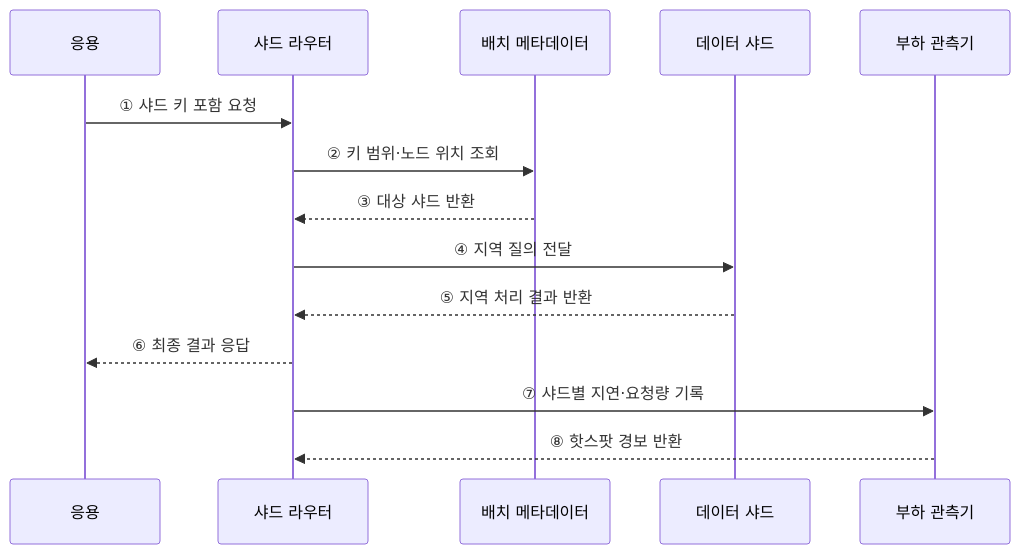
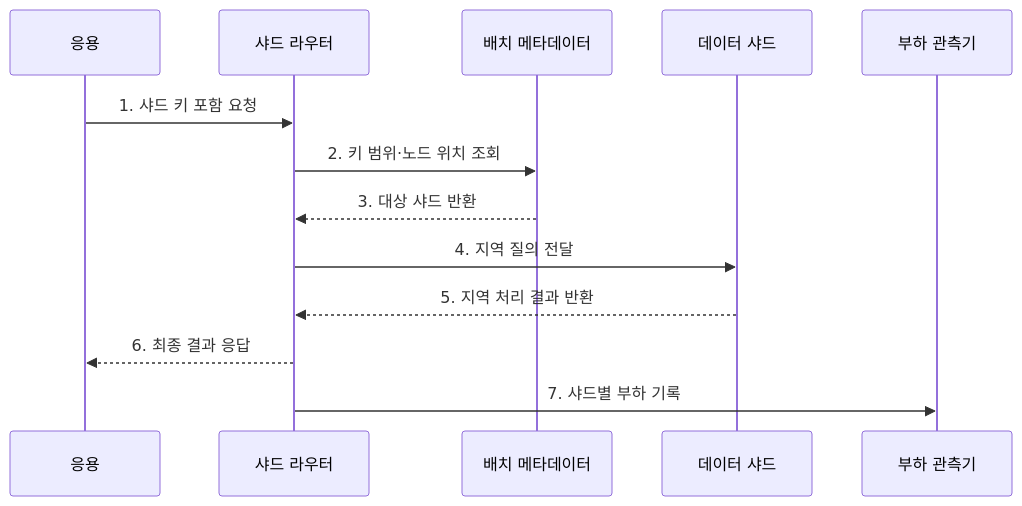
Before and after one commit to agnusdei1207/knowledge-base: the second of 2 diagrams in src/content/docs/notes/03-software/099_sharding.md, drawn with Mermaid. The commit also changed other lines of this file and 20 other files, not shown here.

````diff
--- a/src/content/docs/notes/03-software/099_sharding.md
+++ b/src/content/docs/notes/03-software/099_sharding.md
@@ -71,16 +79,15 @@
 ```mermaid
 sequenceDiagram
     participant A as 응용
     participant R as 샤드 라우터
     participant M as 배치 메타데이터
     participant S as 데이터 샤드
     participant O as 부하 관측기
-    A->>R: ① 샤드 키 포함 요청
-    R->>M: ② 키 범위·노드 위치 조회
-    M-->>R: ③ 대상 샤드 반환
-    R->>S: ④ 지역 질의 전달
-    S-->>R: ⑤ 지역 처리 결과 반환
-    R-->>A: ⑥ 최종 결과 응답
-    R->>O: ⑦ 샤드별 지연·요청량 기록
-    O-->>R: ⑧ 핫스팟 경보 반환
+    A->>R: 1. 샤드 키 포함 요청
+    R->>M: 2. 키 범위·노드 위치 조회
+    M-->>R: 3. 대상 샤드 반환
+    R->>S: 4. 지역 질의 전달
+    S-->>R: 5. 지역 처리 결과 반환
+    R-->>A: 6. 최종 결과 응답
+    R->>O: 7. 샤드별 부하 기록
 ```
````
